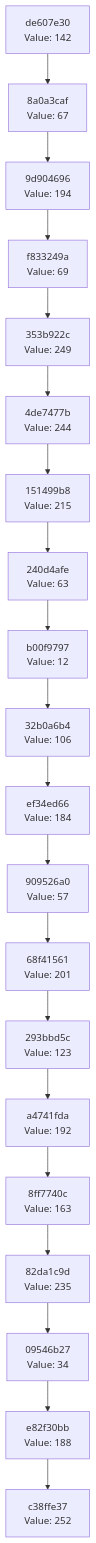
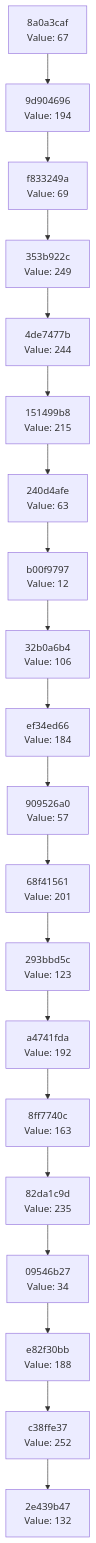
One commit to Abhisheksinha1506/hash-chain-evolver changed the diagram in docs/CHAIN_VISUALIZATION.md. Above: the diagram before and after it, drawn with Mermaid. The commit also changed 3 other files, not shown here.

````diff
--- a/docs/CHAIN_VISUALIZATION.md
+++ b/docs/CHAIN_VISUALIZATION.md
@@ -3,42 +3,42 @@
 ```mermaid
 graph TD
-    C0["c38ffe37<br/>Value: 252"]
-    C1["e82f30bb<br/>Value: 188"]
+    C0["2e439b47<br/>Value: 132"]
+    C1["c38ffe37<br/>Value: 252"]
     C1 --> C0
-    C2["09546b27<br/>Value: 34"]
+    C2["e82f30bb<br/>Value: 188"]
     C2 --> C1
-    C3["82da1c9d<br/>Value: 235"]
+    C3["09546b27<br/>Value: 34"]
     C3 --> C2
-    C4["8ff7740c<br/>Value: 163"]
+    C4["82da1c9d<br/>Value: 235"]
     C4 --> C3
-    C5["a4741fda<br/>Value: 192"]
+    C5["8ff7740c<br/>Value: 163"]
     C5 --> C4
-    C6["293bbd5c<br/>Value: 123"]
+    C6["a4741fda<br/>Value: 192"]
     C6 --> C5
-    C7["68f41561<br/>Value: 201"]
+    C7["293bbd5c<br/>Value: 123"]
     C7 --> C6
-    C8["909526a0<br/>Value: 57"]
+    C8["68f41561<br/>Value: 201"]
     C8 --> C7
-    C9["ef34ed66<br/>Value: 184"]
+    C9["909526a0<br/>Value: 57"]
     C9 --> C8
-    C10["32b0a6b4<br/>Value: 106"]
+    C10["ef34ed66<br/>Value: 184"]
     C10 --> C9
-    C11["b00f9797<br/>Value: 12"]
+    C11["32b0a6b4<br/>Value: 106"]
     C11 --> C10
-    C12["240d4afe<br/>Value: 63"]
+    C12["b00f9797<br/>Value: 12"]
     C12 --> C11
-    C13["151499b8<br/>Value: 215"]
+    C13["240d4afe<br/>Value: 63"]
     C13 --> C12
-    C14["4de7477b<br/>Value: 244"]
+    C14["151499b8<br/>Value: 215"]
     C14 --> C13
-    C15["353b922c<br/>Value: 249"]
+    C15["4de7477b<br/>Value: 244"]
     C15 --> C14
-    C16["f833249a<br/>Value: 69"]
+    C16["353b922c<br/>Value: 249"]
     C16 --> C15
-    C17["9d904696<br/>Value: 194"]
+    C17["f833249a<br/>Value: 69"]
     C17 --> C16
-    C18["8a0a3caf<br/>Value: 67"]
+    C18["9d904696<br/>Value: 194"]
     C18 --> C17
-    C19["de607e30<br/>Value: 142"]
+    C19["8a0a3caf<br/>Value: 67"]
     C19 --> C18
 ```
````
